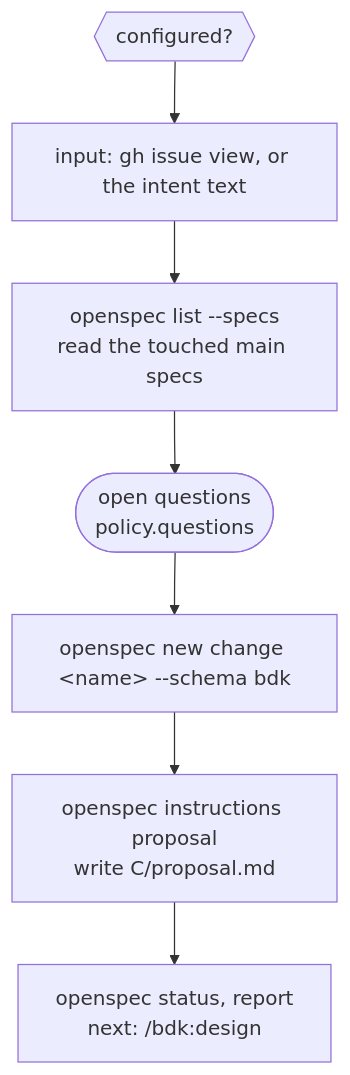
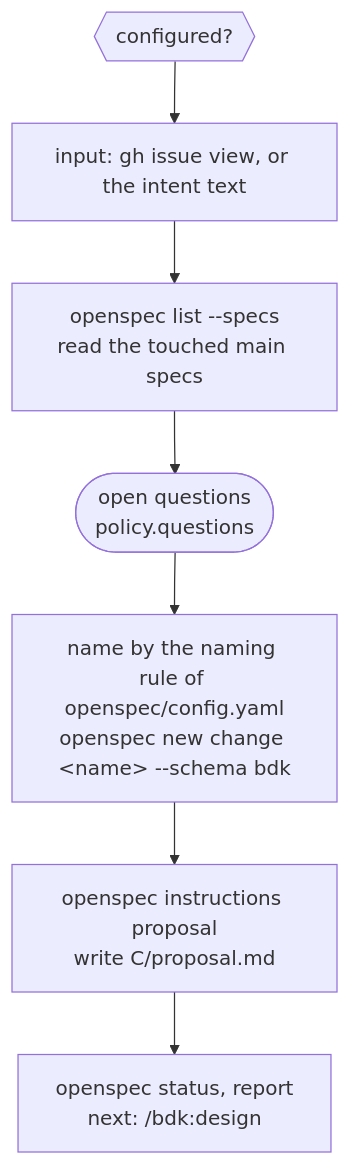
The second of 15 diagrams in docs/concepts/orchestrators.md (broneq/bdk), drawn with Mermaid before and after one commit. The commit also changed other lines of this file and 88 other files, not shown here.

````diff
--- a/docs/concepts/orchestrators.md
+++ b/docs/concepts/orchestrators.md
@@ -27,9 +27,9 @@
 ```mermaid
 flowchart TB
   P1{{"configured?"}} --> P2["input: gh issue view, or the intent text"]
   P2 --> P3["openspec list --specs<br/>read the touched main specs"]
   P3 --> P4(["open questions<br/>policy.questions"])
-  P4 --> P5["openspec new change &lt;name&gt; --schema bdk"]
+  P4 --> P5["name by the naming rule of openspec/config.yaml<br/>openspec new change &lt;name&gt; --schema bdk"]
   P5 --> P6["openspec instructions proposal<br/>write C/proposal.md"]
   P6 --> P7["openspec status, report<br/>next: /bdk:design"]
 ```
````
